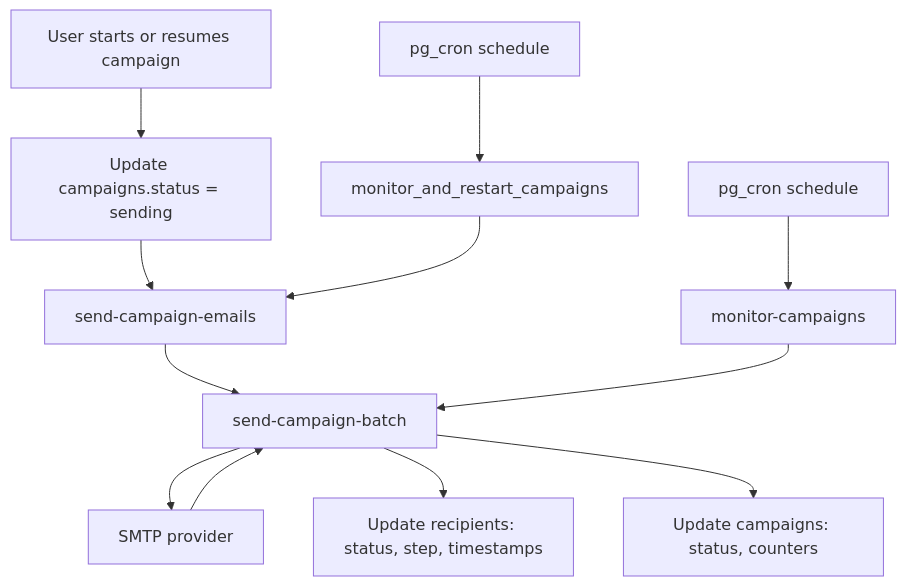
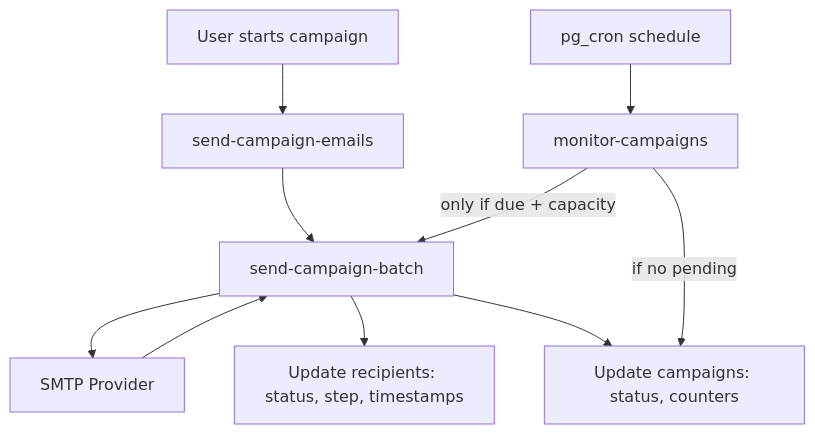
Before and after one commit to PrajwalPawar789/email-bridge-pro-connect-main-1: the first of 2 diagrams in docs/campaign-email-flow.md, drawn with Mermaid. The commit also changed other lines of this file and 1 other file, not shown here.

````diff
--- a/docs/campaign-email-flow.md
+++ b/docs/campaign-email-flow.md
@@ -33,16 +39,13 @@
 ```mermaid
 flowchart TD
-  UI[User starts or resumes campaign] --> DB1[Update campaigns.status = sending]
-  DB1 --> EFStart[send-campaign-emails]
-  EFStart --> EFSend[send-campaign-batch]
-  EFSend --> SMTP[SMTP provider]
-  SMTP --> EFSend
-  EFSend --> DB2[Update recipients: status, step, timestamps]
-  EFSend --> DB3[Update campaigns: status, counters]
+  UI[User starts campaign] --> StartEF[send-campaign-emails]
+  StartEF --> BatchEF[send-campaign-batch]
+  BatchEF --> SMTP[SMTP Provider]
+  SMTP --> BatchEF
+  BatchEF --> DB1[Update recipients: status, step, timestamps]
+  BatchEF --> DB2[Update campaigns: status, counters]
 
-  CronA[pg_cron schedule] --> EFMonitor[monitor-campaigns]
-  EFMonitor --> EFSend
-
-  CronB[pg_cron schedule] --> DBFn[monitor_and_restart_campaigns]
-  DBFn --> EFStart
+  Cron[pg_cron schedule] --> MonitorEF[monitor-campaigns]
+  MonitorEF -->|only if due + capacity| BatchEF
+  MonitorEF -->|if no pending| DB2
 ```
````
